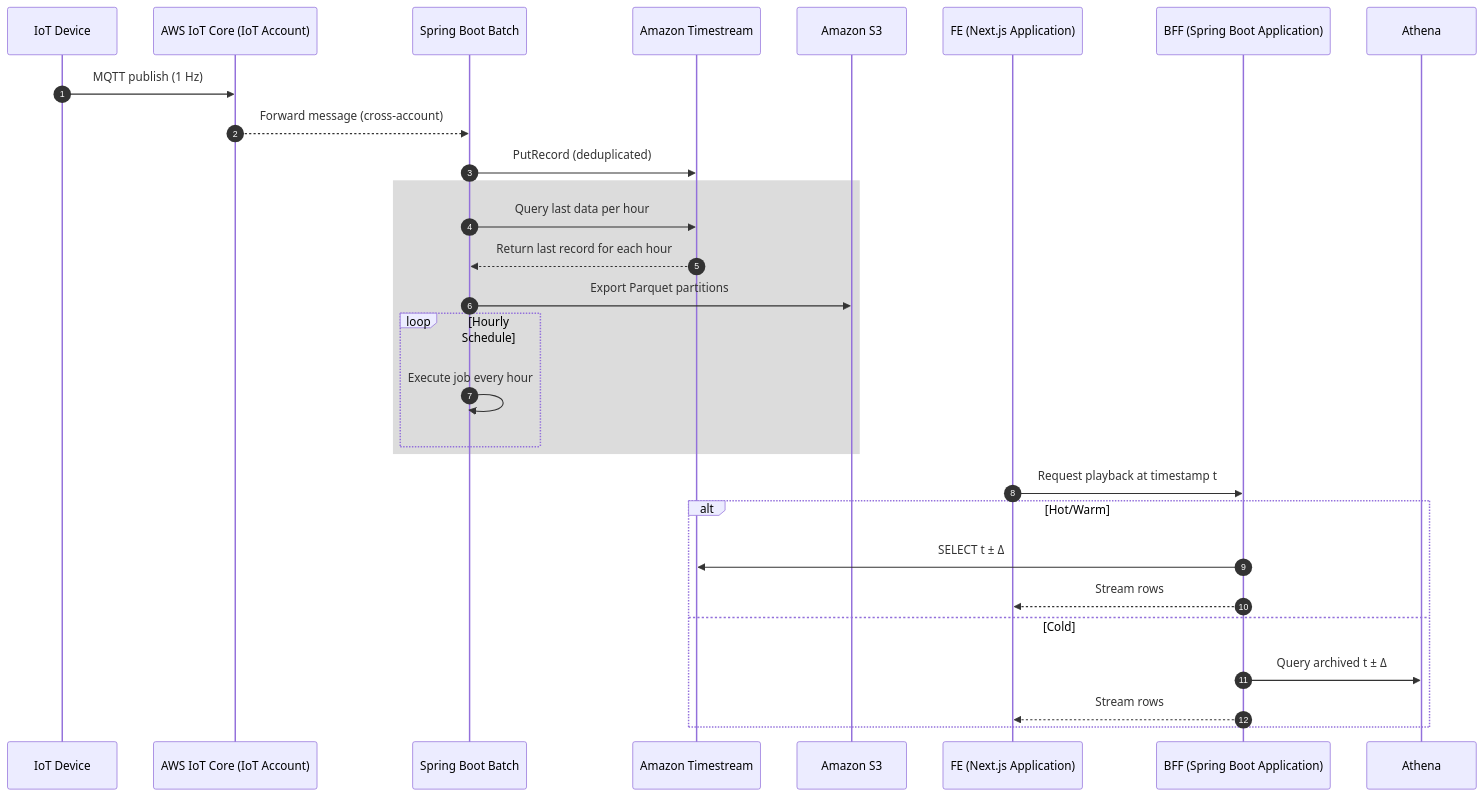
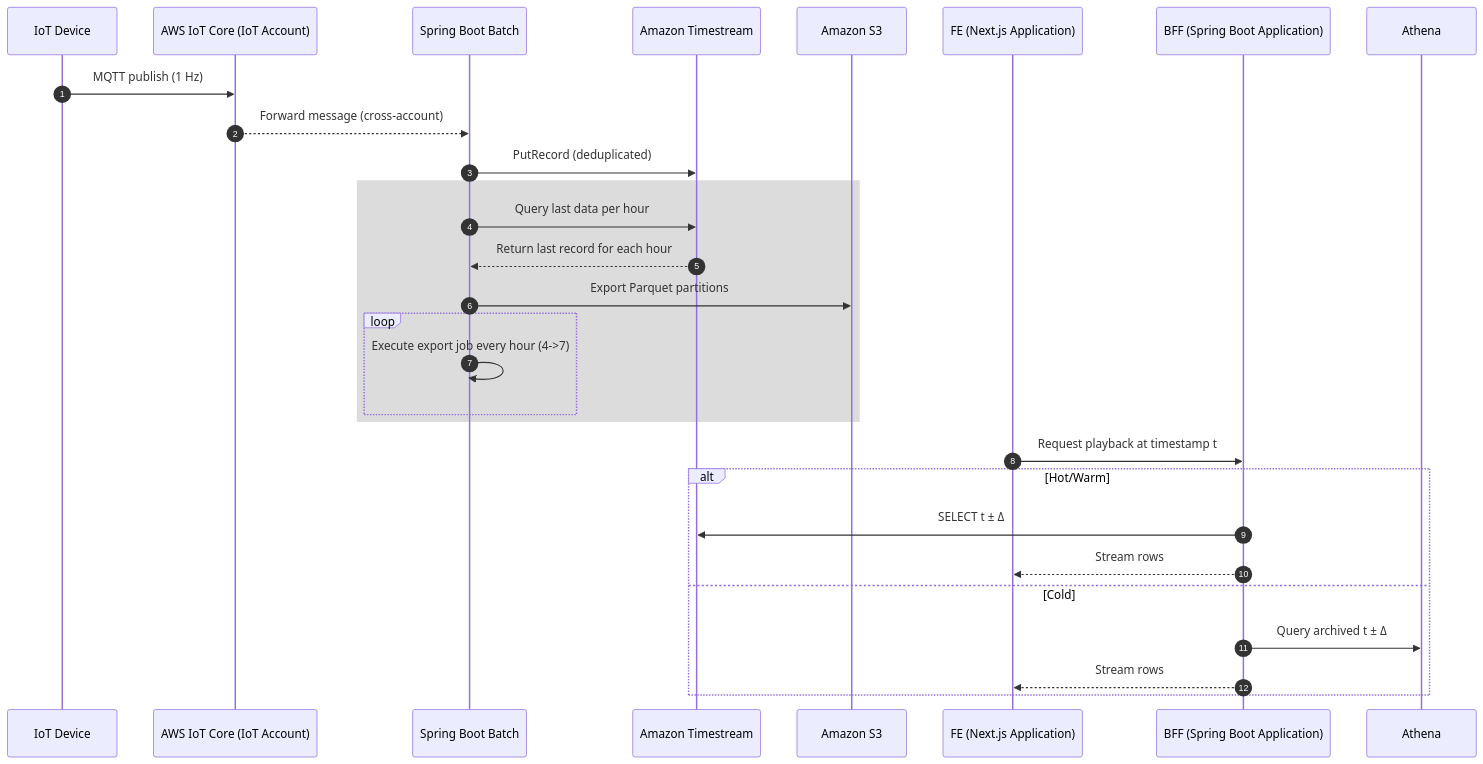
The diagram in aws_iot_playback_data_workflow_update.md (CaoHuuHieu/test), drawn with Mermaid before and after one commit. The commit also changed other lines of this file, not shown here.

Commit message:
new commit

````diff
--- a/aws_iot_playback_data_workflow_update.md
+++ b/aws_iot_playback_data_workflow_update.md
@@ -36,33 +36,33 @@
 ```mermaid
 sequenceDiagram
     autonumber
     participant Device as IoT Device
     participant Core as AWS IoT Core (IoT Account)
     participant Batch as Spring Boot Batch
     participant TS as Amazon Timestream
     participant S3 as Amazon S3
     participant FE as FE (Next.js Application)
     participant API as BFF (Spring Boot Application)
     participant Athena as Athena
 
     Device->>Core: MQTT publish (1 Hz)
     Core-->>Batch: Forward message (cross-account)
     Batch->>TS: PutRecord (deduplicated)
     rect rgb(220,220,220)
-    Batch ->> TS: Query last data per hour
-    TS -->> Batch: Return last record for each hour	
-    Batch ->> S3: Export Parquet partitions
-    loop Hourly Schedule
-        Batch ->> Batch: Execute job every hour
-    end
+	    Batch ->> TS: Query last data per hour
+	    TS -->> Batch: Return last record for each hour	
+	    Batch ->> S3: Export Parquet partitions
+	    loop
+	        Batch ->> Batch: Execute export job every hour (4->7)
+	    end
     end
     
     FE->>API: Request playback at timestamp t
     alt Hot/Warm
     API->>TS: SELECT t ± Δ
     API-->>FE: Stream rows
     else Cold
     API->>Athena: Query archived t ± Δ
     API-->>FE: Stream rows
     end
 ```
````
